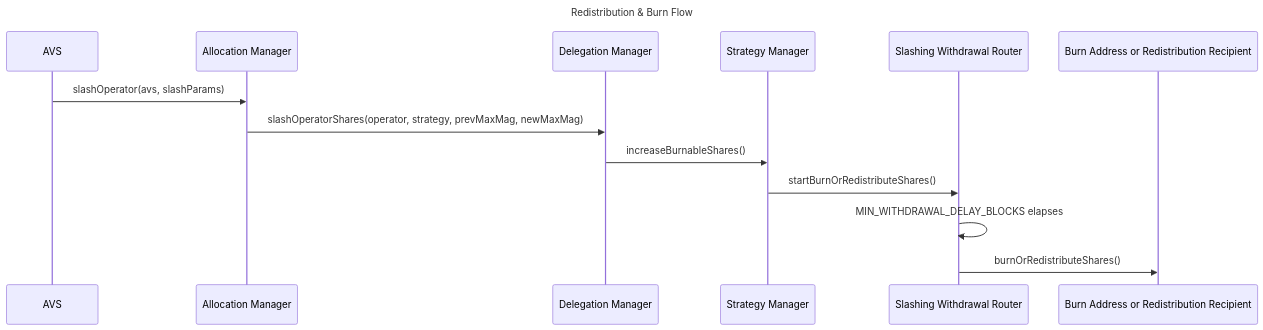
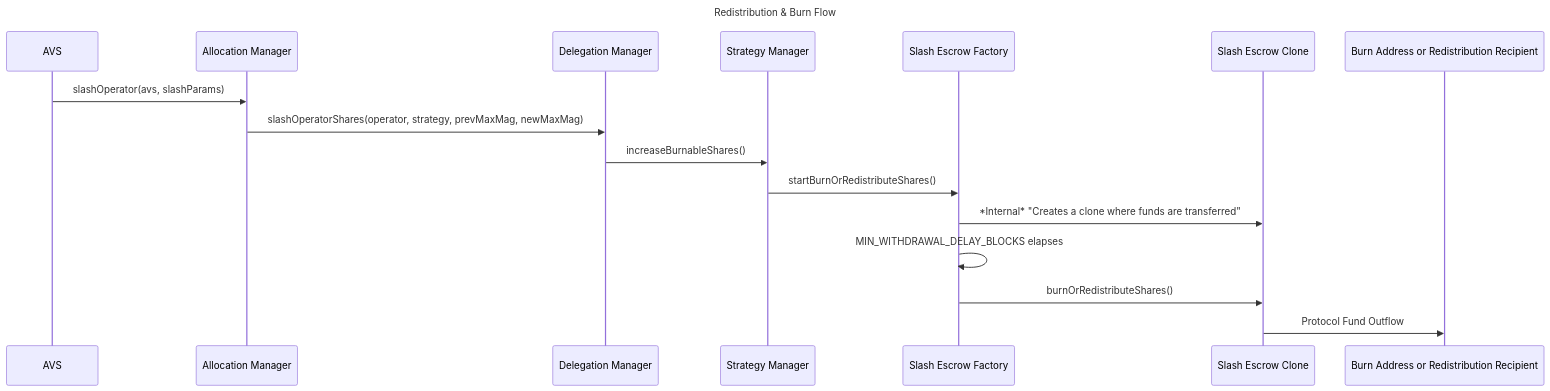
Before and after one commit to eigenfoundation/ELIPs: the diagram in ELIPs/ELIP-006.md, drawn with Mermaid. The commit also changed other lines of this file, not shown here.

Commit message:
New design for escrow functions and contracts

````diff
--- a/ELIPs/ELIP-006.md
+++ b/ELIPs/ELIP-006.md
@@ -168,18 +168,21 @@
 ```mermaid
 sequenceDiagram
     title Redistribution & Burn Flow
 
     participant AVS
     participant ALM as Allocation Manager
     participant DM as Delegation Manager
     participant SM as Strategy Manager
-    participant SWR as Slashing Withdrawal Router
+    participant SEF as Slash Escrow Factory
+    participant CL as Slash Escrow Clone
     participant BR as Burn Address or Redistribution Recipient
 
     AVS->>ALM: slashOperator(avs, slashParams)
     ALM->>DM: slashOperatorShares(operator, strategy, prevMaxMag, newMaxMag)
     DM->>SM: increaseBurnableShares()
-    SM->>SWR: startBurnOrRedistributeShares()
-    SWR->>SWR: MIN_WITHDRAWAL_DELAY_BLOCKS elapses
-    SWR->>BR: burnOrRedistributeShares()
+    SM->>SEF: startBurnOrRedistributeShares()
+    SEF->>CL: *Internal* "Creates a clone where funds are transferred"
+    SEF->>SEF: MIN_WITHDRAWAL_DELAY_BLOCKS elapses
+    SEF->>CL: burnOrRedistributeShares()
+    CL->>BR: Protocol Fund Outflow
 ```
````
